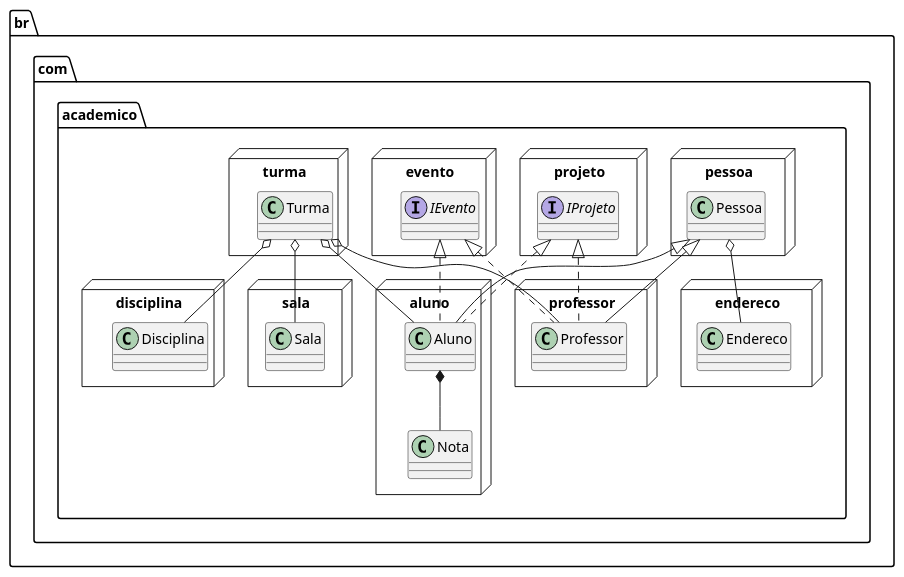
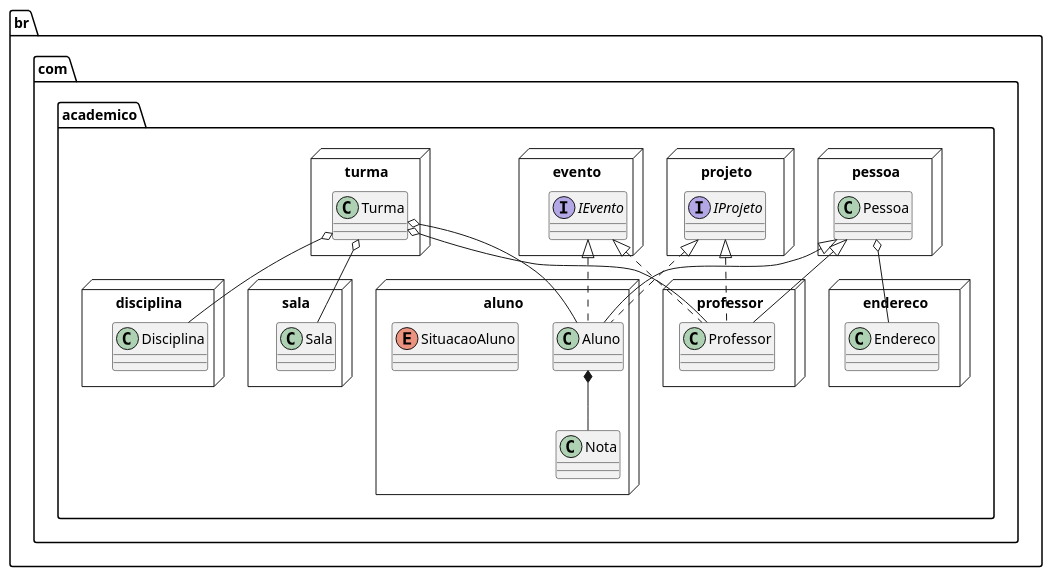
The diagram in diagramas/DiagramaPacotes.wsd (diegoarmandoo/academico-api), drawn with PlantUML before and after one commit.

Commit message:
refactor(DiagramaPacote): define o enum no pacote de aluno

```diff
--- a/diagramas/DiagramaPacotes.wsd
+++ b/diagramas/DiagramaPacotes.wsd
@@ -1,51 +1,52 @@
 @startuml Academico
 
     package br.com.academico.endereco <<Node>> {
         Class Endereco
     }
 
     package br.com.academico.professor <<Node>> {
         class Professor
     }
 
     package br.com.academico.aluno <<Node>> {
 		class Aluno
+        enum SituacaoAluno
         Aluno *-- Nota
     }
 
     package br.com.academico.pessoa <<Node>> {
 		class Pessoa
         Pessoa o-- Endereco
         Pessoa <|-- Aluno
 		Pessoa <|-- Professor
     }
 
     package br.com.academico.projeto <<Node>> {
 		interface IProjeto
         IProjeto <|.. Professor
         IProjeto <|.. Aluno
     }
 
     package br.com.academico.evento <<Node>> {
 	    interface IEvento
         IEvento <|.. Professor
         IEvento <|.. Aluno
     }
 
     package br.com.academico.sala <<Node>> {
 		class Sala			   
 	}
 
     package br.com.academico.disciplina <<Node>> {
 	    class Disciplina
 	}
 
     package br.com.academico.turma <<Node>> {
 		class Turma
         Turma o-- Professor
         Turma o-- Sala
         Turma o-- Disciplina
         Turma o-- Aluno
     }    
 
 @enduml
```
